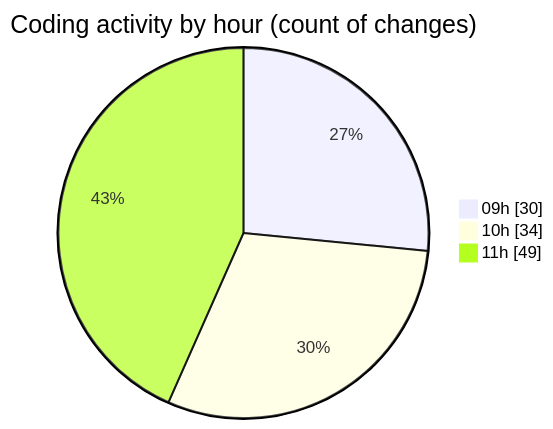
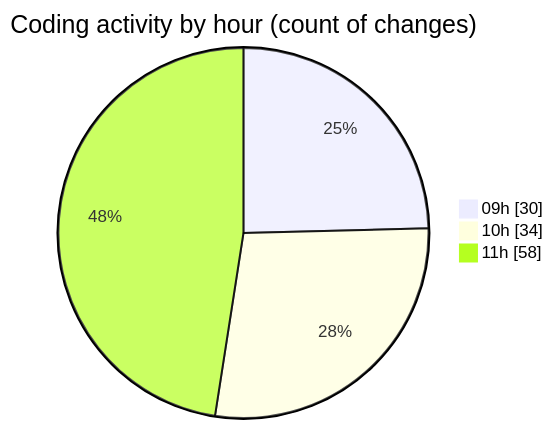
The second of 2 diagrams in 2025-04-02/cda/README.md (momahboobian/code-tracking), drawn with Mermaid before and after one commit. The commit also changed other lines of this file and 1 other file, not shown here.

````diff
--- a/2025-04-02/cda/README.md
+++ b/2025-04-02/cda/README.md
@@ -36,7 +36,7 @@
 ```mermaid
 pie showData
 title Coding activity by hour (count of changes)
 "09h" : 30
 "10h" : 34
-"11h" : 49
+"11h" : 58
 ```
````
